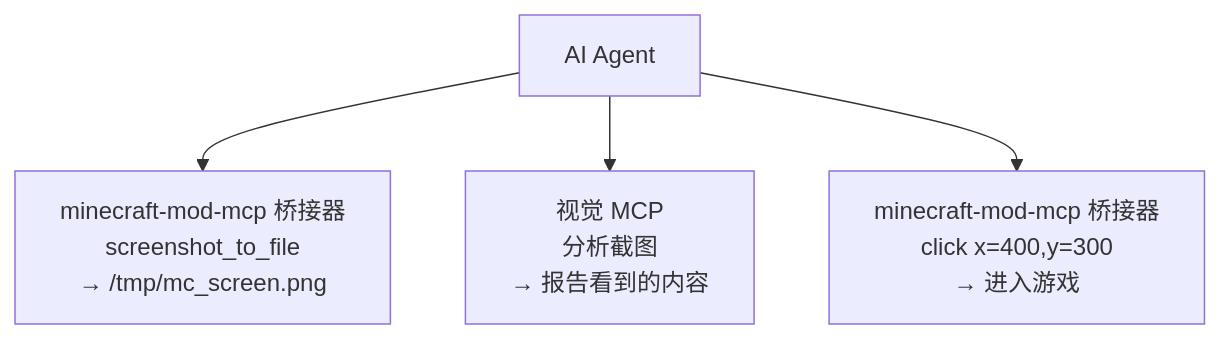
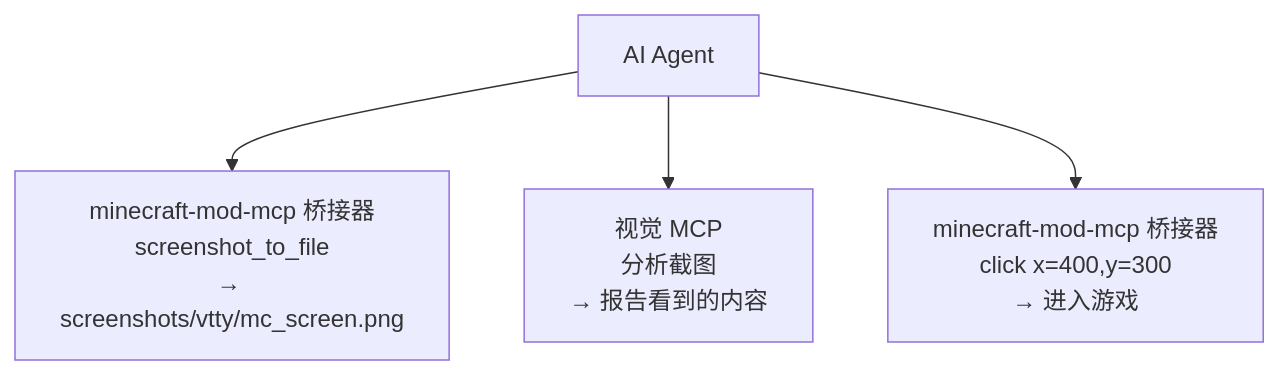
One commit to langyo/minecraft-mod-mcp changed the second of 2 diagrams in docs/guides/zhs/AI-TOOLS.md. Above: the diagram before and after it, drawn with Mermaid. The commit also changed other lines of this file and 234 other files, not shown here.

````diff
--- a/docs/guides/zhs/AI-TOOLS.md
+++ b/docs/guides/zhs/AI-TOOLS.md
@@ -602,7 +602,7 @@
 ```mermaid
 flowchart TD
     A["AI Agent"]
-    A --> B["minecraft-mod-mcp 桥接器<br/>screenshot_to_file<br/>→ /tmp/mc_screen.png"]
+    A --> B["minecraft-mod-mcp 桥接器<br/>screenshot_to_file<br/>→ screenshots/vtty/mc_screen.png"]
     A --> C["视觉 MCP<br/>分析截图<br/>→ 报告看到的内容"]
     A --> D["minecraft-mod-mcp 桥接器<br/>click x=400,y=300<br/>→ 进入游戏"]
 ```
````
